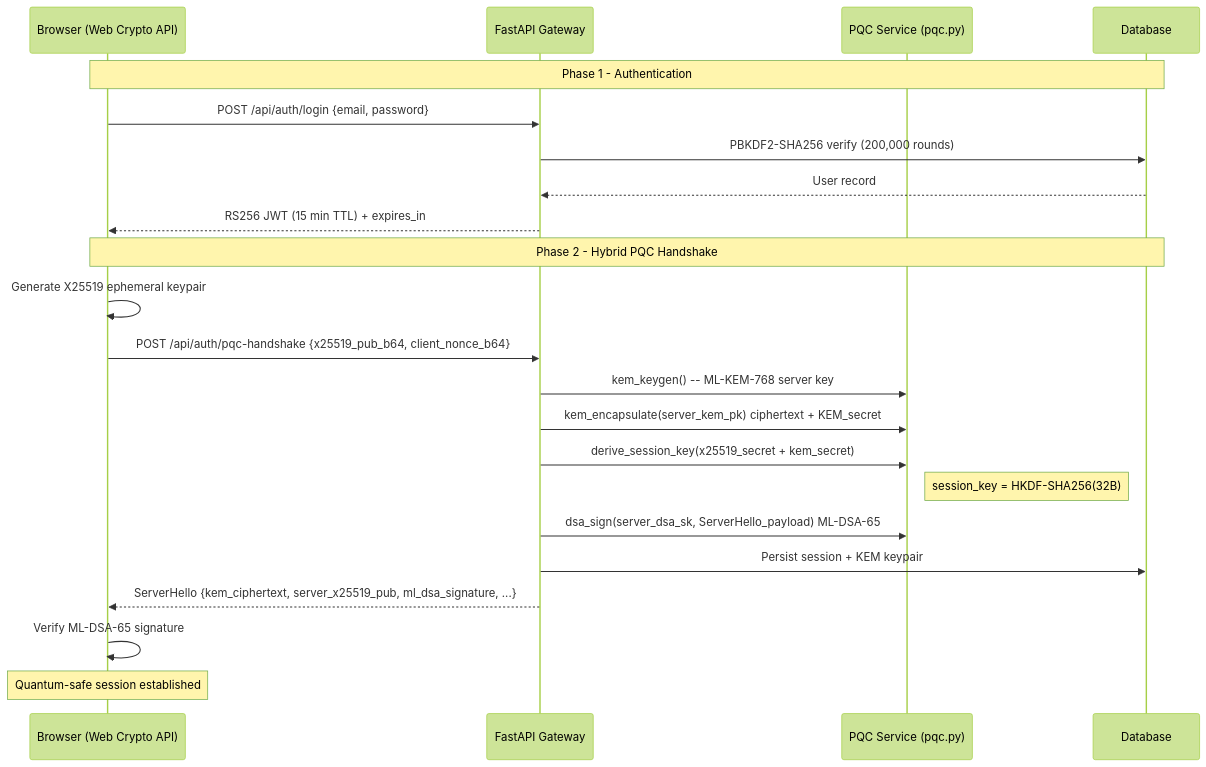
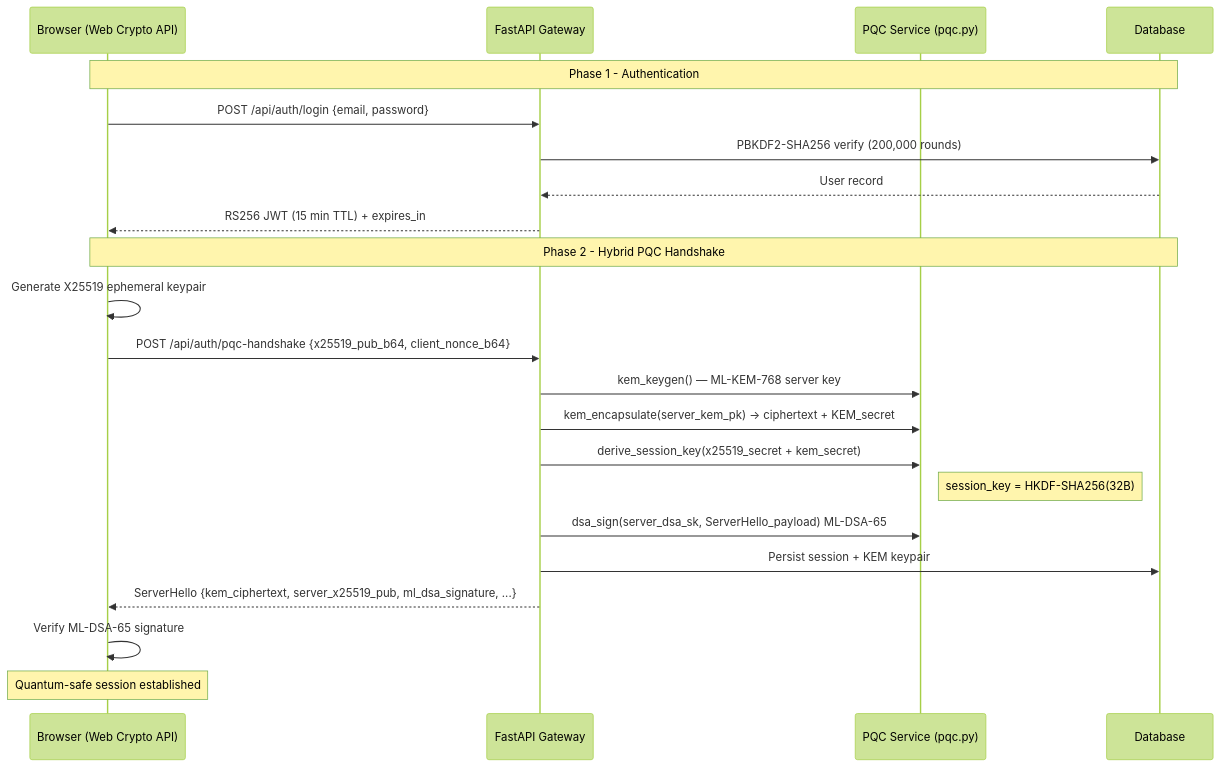
One commit to BugHunterX2101/quantumsentinel-web changed the third of 4 diagrams in README.md. Above: the diagram before and after it, drawn with Mermaid (forest theme). The commit also changed other lines of this file, not shown here.

````diff
--- a/README.md
+++ b/README.md
@@ -188,26 +226,26 @@
 ```mermaid
 sequenceDiagram
     participant BR as Browser (Web Crypto API)
     participant GW as FastAPI Gateway
     participant PQC as PQC Service (pqc.py)
     participant DB as Database
 
     Note over BR,DB: Phase 1 - Authentication
     BR->>GW: POST /api/auth/login {email, password}
     GW->>DB: PBKDF2-SHA256 verify (200,000 rounds)
     DB-->>GW: User record
     GW-->>BR: RS256 JWT (15 min TTL) + expires_in
 
     Note over BR,DB: Phase 2 - Hybrid PQC Handshake
     BR->>BR: Generate X25519 ephemeral keypair
     BR->>GW: POST /api/auth/pqc-handshake {x25519_pub_b64, client_nonce_b64}
-    GW->>PQC: kem_keygen() -- ML-KEM-768 server key
-    GW->>PQC: kem_encapsulate(server_kem_pk) ciphertext + KEM_secret
+    GW->>PQC: kem_keygen() — ML-KEM-768 server key
+    GW->>PQC: kem_encapsulate(server_kem_pk) → ciphertext + KEM_secret
     GW->>PQC: derive_session_key(x25519_secret + kem_secret)
     Note right of PQC: session_key = HKDF-SHA256(32B)
     GW->>PQC: dsa_sign(server_dsa_sk, ServerHello_payload) ML-DSA-65
     GW->>DB: Persist session + KEM keypair
     GW-->>BR: ServerHello {kem_ciphertext, server_x25519_pub, ml_dsa_signature, ...}
     BR->>BR: Verify ML-DSA-65 signature
     Note over BR: Quantum-safe session established
 ```
````
